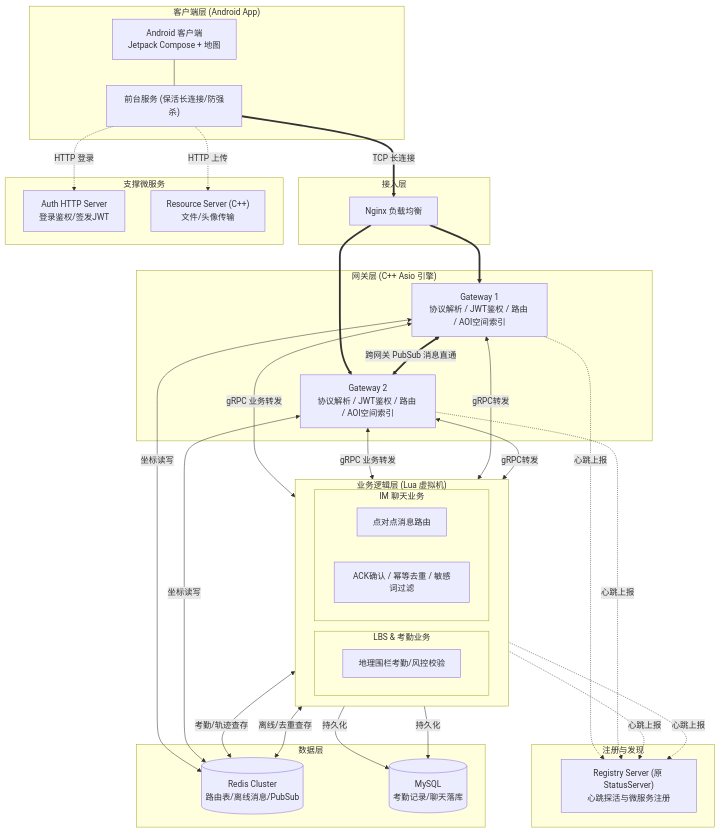
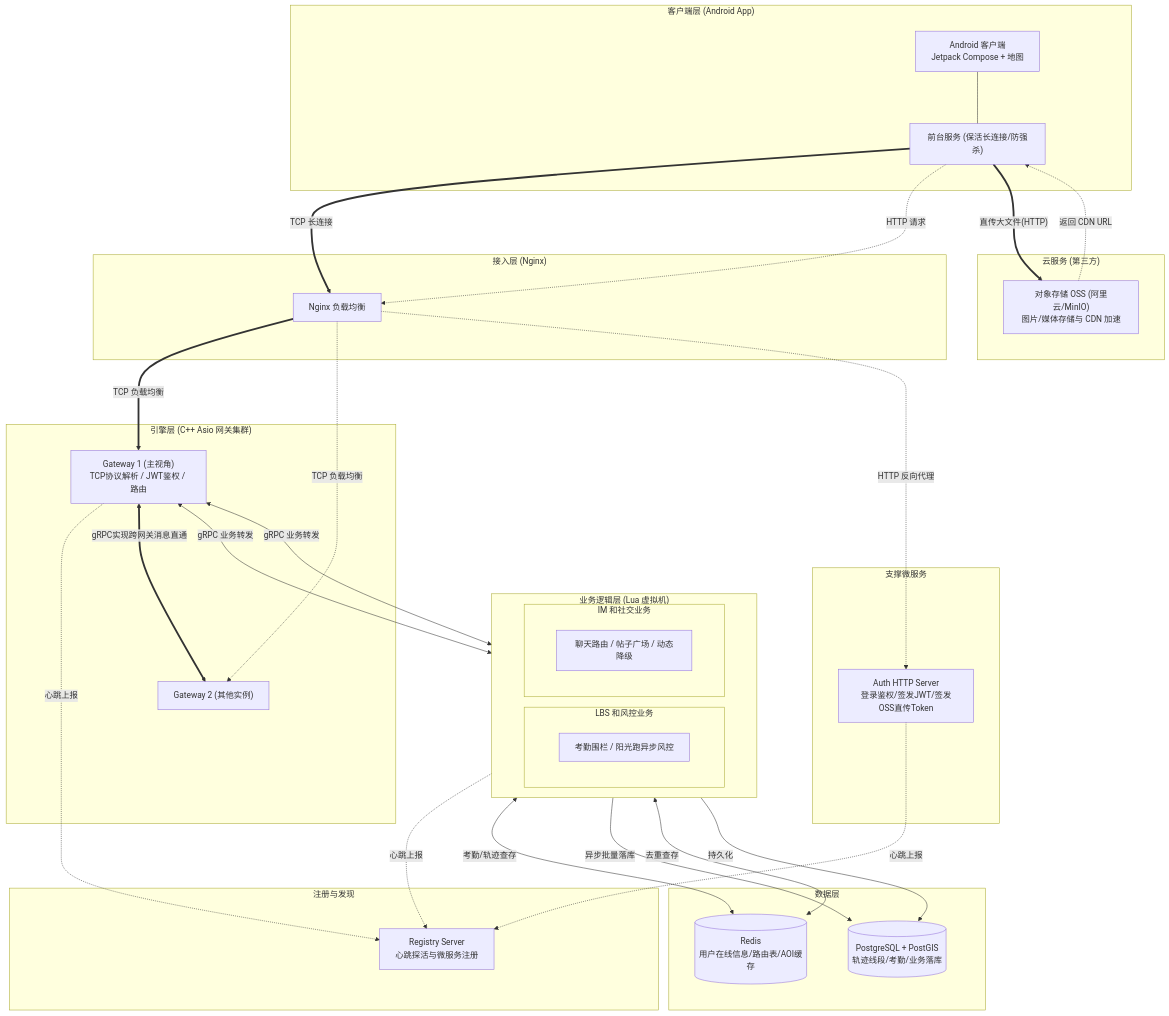
Before and after one commit to beiginner777/SmartCampus: the first of 5 diagrams in README.md, drawn with Mermaid. The commit also changed other lines of this file, not shown here.

Commit message:
修改架构图、增加功能清单以及核心功能时序图

````diff
--- a/README.md
+++ b/README.md
@@ -20,5 +122,6 @@
 ```mermaid
-graph TD
+%%{init: {"flowchart": {"nodeSpacing": 80, "rankSpacing": 100}}}%%
+flowchart TD
     %% 客户端层
     subgraph ClientLayer["客户端层 (Android App)"]
         App["Android 客户端<br/>Jetpack Compose + 地图"]
@@ -26,75 +129,79 @@
         App --- AppSvc
     end
 
+    %% 云服务 (第三方)
+    subgraph CloudServices["云服务 (第三方)"]
+        OSS["对象存储 OSS (阿里云/MinIO)<br/>图片/媒体存储与 CDN 加速"]
+    end
+
     %% 接入层
-    subgraph AccessLayer["接入层"]
+    subgraph AccessLayer["接入层 (Nginx)"]
         Nginx["Nginx 负载均衡"]
     end
 
-    %% 注册中心
+    %% 注册与发现
     subgraph RegistryLayer["注册与发现"]
-        RegServer["Registry Server (原 StatusServer)<br/>心跳探活与微服务注册"]
+        RegServer["Registry Server<br/>心跳探活与微服务注册"]
     end
 
-    %% 网关层
-    subgraph GatewayLayer["网关层 (C++ Asio 引擎)"]
-        GW1["Gateway 1<br/>协议解析 / JWT鉴权 / 路由 / AOI空间索引"]
-        GW2["Gateway 2<br/>协议解析 / JWT鉴权 / 路由 / AOI空间索引"]
+    %% 引擎层
+    subgraph GatewayLayer["引擎层 (C++ Asio 网关集群)"]
+        GW1["Gateway 1 (主视角)<br/>TCP协议解析 / JWT鉴权 / 路由"]
+        GW2["Gateway 2 (其他实例)"]
     end
 
-    %% 业务逻辑层（分拆细化）
+    %% 业务逻辑层
     subgraph LogicLayer["业务逻辑层 (Lua 虚拟机)"]
         direction LR
-
-        subgraph LBSNode["LBS & 考勤业务"]
-            AttendSvc["地理围栏考勤/风控校验"]
+        subgraph LBSNode["LBS 和风控业务"]
+            AttendSvc["考勤围栏 / 阳光跑异步风控"]
         end
-
-        subgraph ChatNode["IM 聊天业务"]
-            ChatSvc["点对点消息路由"]
-            MsgSvc["ACK确认 / 幂等去重 / 敏感词过滤"]
+        subgraph ChatNode["IM 和社交业务"]
+            ChatSvc["聊天路由 / 帖子广场 / 动态降级"]
         end
     end
 
-    %% 辅助微服务（原业务拆分）
+    %% 支撑微服务
     subgraph MicroServices["支撑微服务"]
-        AuthServer["Auth HTTP Server<br/>登录鉴权/签发JWT"]
-        ResServer["Resource Server (C++)<br/>文件/头像传输"]
+        AuthServer["Auth HTTP Server<br/>登录鉴权/签发JWT/签发OSS直传Token"]
     end
 
     %% 数据层
     subgraph DataLayer["数据层"]
-        Redis[("Redis Cluster<br/>路由表/离线消息/PubSub")]
-        MySQL[("MySQL<br/>考勤记录/聊天落库")]
+        Redis[("Redis<br/>用户在线信息/路由表/AOI缓存")]
+        PG[("PostgreSQL + PostGIS<br/>轨迹线段/考勤/业务落库")]
     end
 
-    %% 网络拓扑与数据流
+    %% ===== 数据流 =====
+
+    %% 客户端统一接入 Nginx
     AppSvc ==>|"TCP 长连接"| Nginx
-    Nginx ==> GW1
-    Nginx ==> GW2
+    AppSvc -.->|"HTTP 请求"| Nginx
 
-    %% 控制面
+    %% Nginx 路由分发
+    Nginx ==>|"TCP 负载均衡"| GW1
+    Nginx -.->|"TCP 负载均衡"| GW2
+    Nginx -.->|"HTTP 反向代理"| AuthServer
+
+    %% 媒体资源直传
+    AppSvc ==>|"直传大文件(HTTP)"| OSS
+    OSS -.->|"返回 CDN URL"| AppSvc
+
+    %% 心跳上报 (注册与发现)
     GW1 -.->|"心跳上报"| RegServer
-    GW2 -.->|"心跳上报"| RegServer
     AttendSvc -.->|"心跳上报"| RegServer
-    ChatSvc -.->|"心跳上报"| RegServer
+    AuthServer -.->|"心跳上报"| RegServer
 
-    %% LBS 数据流（AOI 空间索引在 Gateway）
-    GW1 <-->|"坐标读写"| Redis
-    GW2 <-->|"坐标读写"| Redis
+    %% 网关到业务层 gRPC 转发
     GW1 <-->|"gRPC 业务转发"| AttendSvc
-    GW2 <-->|"gRPC 业务转发"| AttendSvc
+    GW1 <-->|"gRPC 业务转发"| ChatSvc
+
+    %% 跨网关消息直通
+    GW1 <==>|"gRPC实现跨网关消息直通"| GW2
+
+    %% 存储层交互
     AttendSvc <-->|"考勤/轨迹查存"| Redis
-    AttendSvc -->|"持久化"| MySQL
-
-    %% Chat 数据流（重点跨网关路由）
-    GW1 <==>|"跨网关 PubSub 消息直通"| GW2
-    GW1 <-->|"gRPC转发"| ChatSvc
-    GW2 <-->|"gRPC转发"| ChatSvc
-    ChatSvc <-->|"离线/去重查存"| Redis
-    ChatSvc -->|"持久化"| MySQL
-
-    %% 辅助鉴权
-    AppSvc -.->|"HTTP 登录"| AuthServer
-    AppSvc -.->|"HTTP 上传"| ResServer
+    AttendSvc -->|"异步批量落库"| PG
+    ChatSvc <-->|"去重查存"| Redis
+    ChatSvc -->|"持久化"| PG
 ```
````
